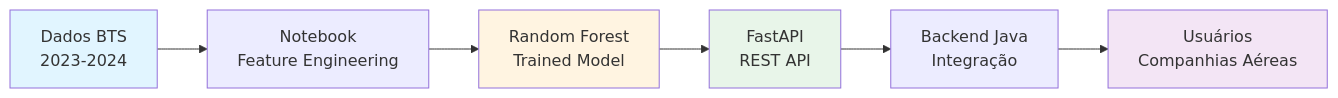
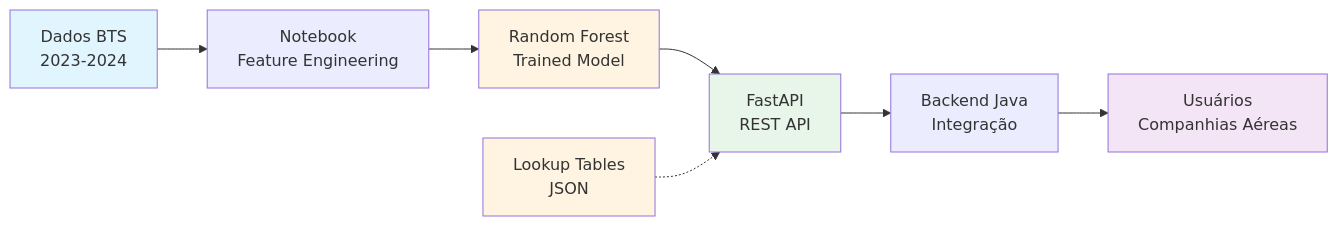
One commit to FlightOnTime/flight-delay-ds changed the first of 2 diagrams in README.md. Above: the diagram before and after it, drawn with Mermaid. The commit also changed other lines of this file and 2 other files, not shown here.

Commit message:
feat(api): implement v2.1 auto-lookup logic and update docs

````diff
--- a/README.md
+++ b/README.md
@@ -79,13 +80,15 @@
 ```mermaid
 graph LR
     A[Dados BTS<br/>2023-2024] --> B[Notebook<br/>Feature Engineering]
     B --> C[Random Forest<br/>Trained Model]
     C --> D[FastAPI<br/>REST API]
     D --> E[Backend Java<br/>Integração]
     E --> F[Usuários<br/>Companhias Aéreas]
-    
+    G[Lookup Tables<br/>JSON] -.-> D
+
     style A fill:#e1f5ff
     style C fill:#fff4e1
     style D fill:#e8f5e9
     style F fill:#f3e5f5
+    style G fill:#fff4e1
 ```
````
